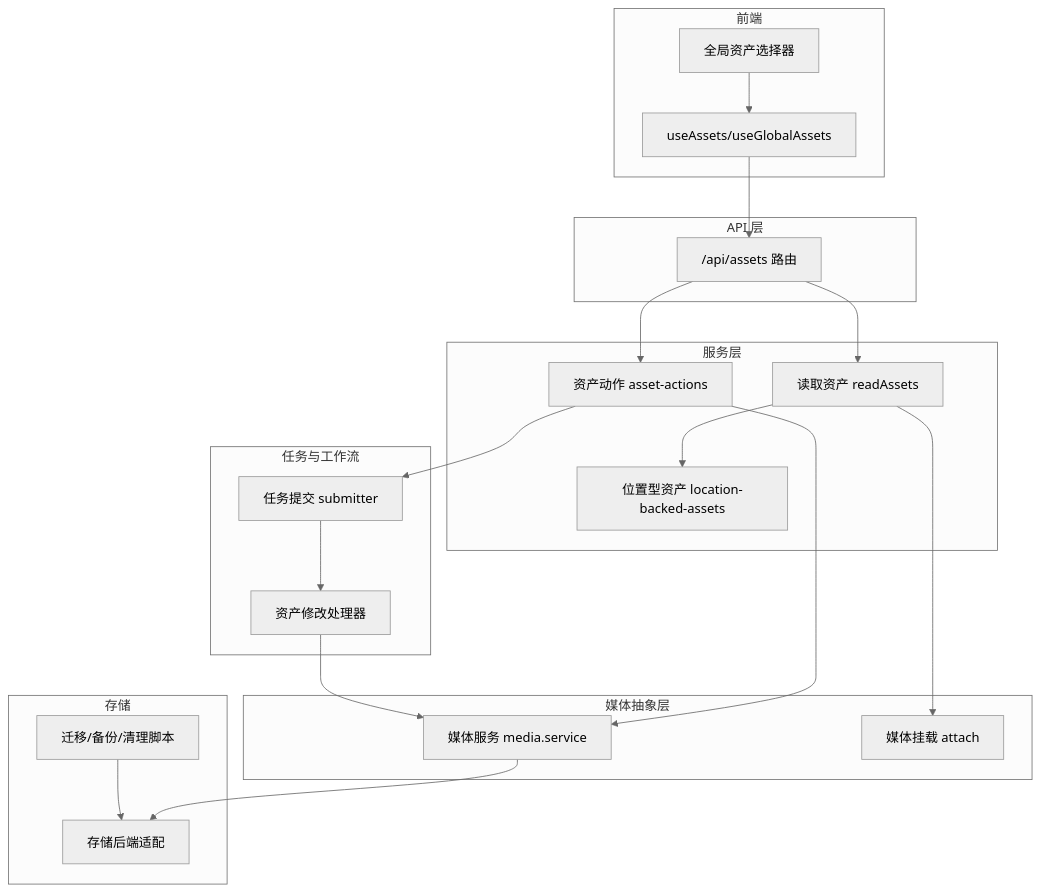
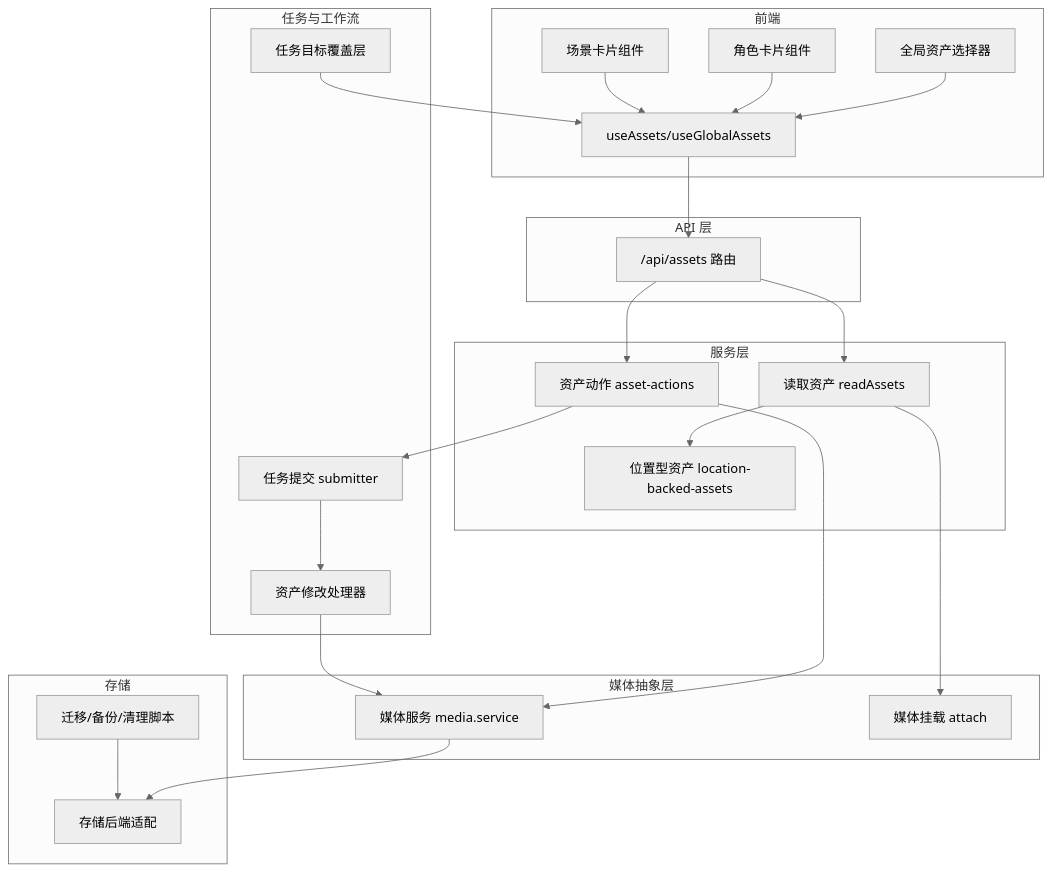
Before and after one commit to lyl2021/waoowaoo: the first of 9 diagrams in .qoder/repowiki/zh/content/资产管理/资产管理.md, drawn with Mermaid (neutral theme). The commit also changed other lines of this file and 18 other files, not shown here.

````diff
--- a/.qoder/repowiki/zh/content/资产管理/资产管理.md
+++ b/.qoder/repowiki/zh/content/资产管理/资产管理.md
@@ -77,39 +98,45 @@
 ```mermaid
 graph TB
 subgraph "API 层"
 API["/api/assets 路由"]
 end
 subgraph "服务层"
 Read["读取资产 readAssets"]
 Actions["资产动作 asset-actions"]
 LocBacked["位置型资产 location-backed-assets"]
 end
 subgraph "媒体抽象层"
 MediaSvc["媒体服务 media.service"]
 Attach["媒体挂载 attach"]
 end
 subgraph "前端"
 Hooks["useAssets/useGlobalAssets"]
 Picker["全局资产选择器"]
+CharacterCard["角色卡片组件"]
+LocationCard["场景卡片组件"]
 end
 subgraph "任务与工作流"
 TaskSubmit["任务提交 submitter"]
 WorkerModify["资产修改处理器"]
+TaskOverlay["任务目标覆盖层"]
 end
 subgraph "存储"
 Storage["存储后端适配"]
 Scripts["迁移/备份/清理脚本"]
 end
 API --> Read
 API --> Actions
 Read --> LocBacked
 Read --> Attach
 Actions --> TaskSubmit
 Actions --> MediaSvc
 Hooks --> API
 Picker --> Hooks
+CharacterCard --> Hooks
+LocationCard --> Hooks
 TaskSubmit --> WorkerModify
 WorkerModify --> MediaSvc
+TaskOverlay --> Hooks
 MediaSvc --> Storage
 Scripts --> Storage
 ```
````
